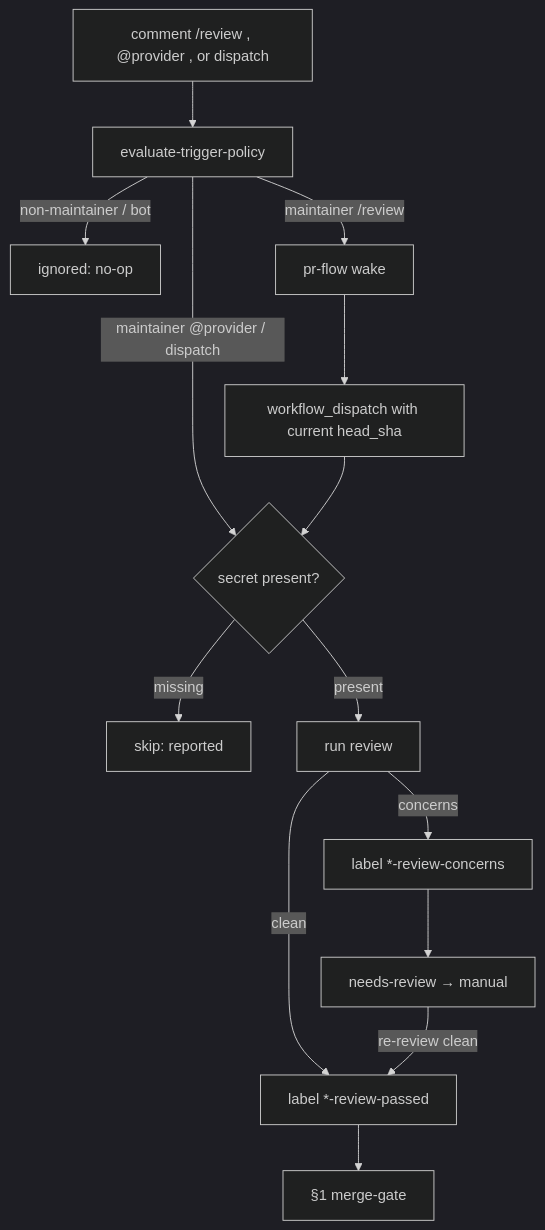
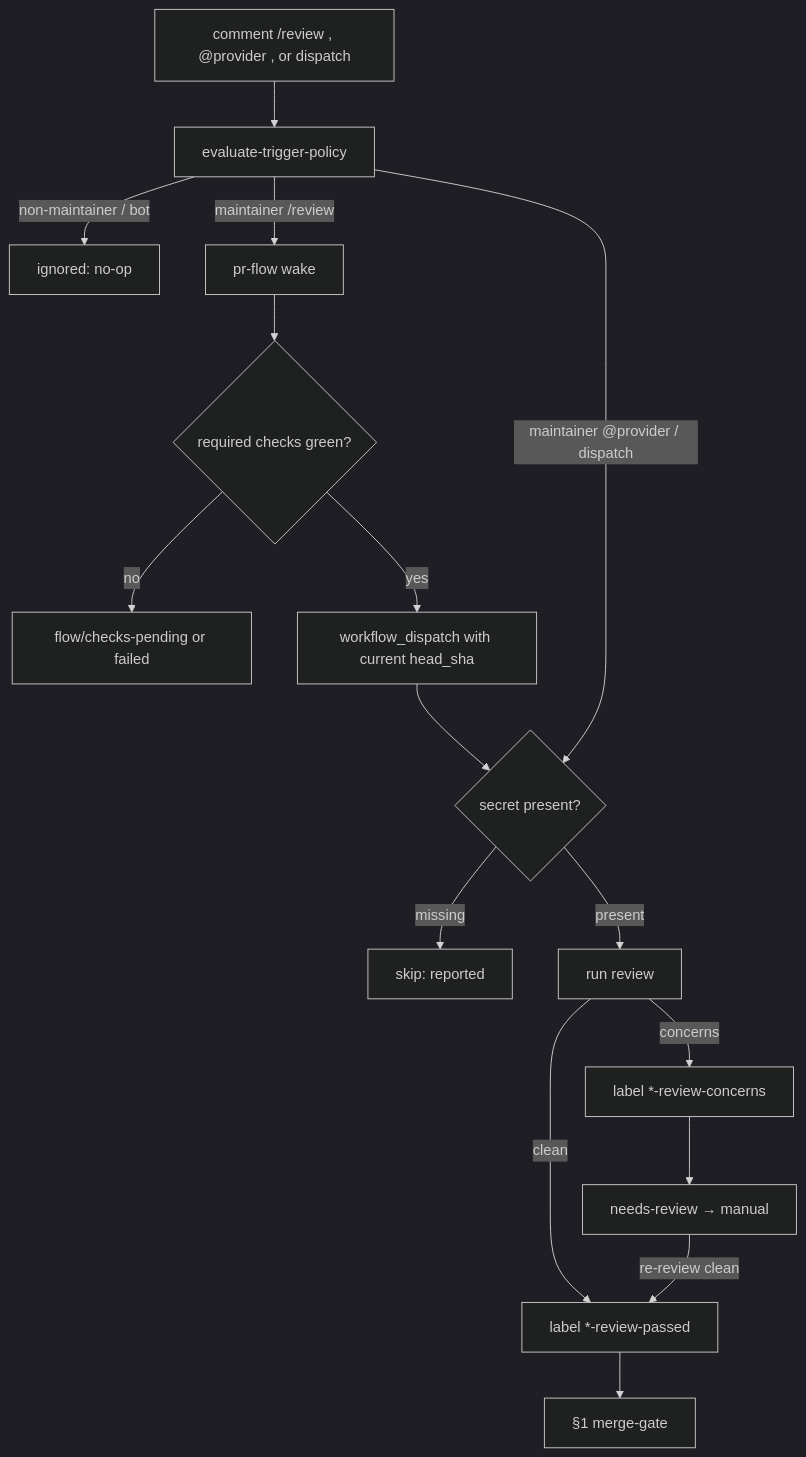
The third of 8 diagrams in docs/workflow-e2e-scenarios.md (kostua16/amnezia-control-panel), drawn with Mermaid (dark theme) before and after one commit. The commit also changed other lines of this file and 5 other files, not shown here.

````diff
--- a/docs/workflow-e2e-scenarios.md
+++ b/docs/workflow-e2e-scenarios.md
@@ -110,16 +110,18 @@
 ```mermaid
 flowchart TD
   C[comment /review , @provider , or dispatch] --> G[evaluate-trigger-policy]
   G -->|non-maintainer / bot| IG[ignored: no-op]
   G -->|maintainer /review| PF[pr-flow wake]
-  PF --> WD[workflow_dispatch with current head_sha]
+  PF --> CHK{required checks green?}
+  CHK -->|no| WAIT[flow/checks-pending or failed]
+  CHK -->|yes| WD[workflow_dispatch with current head_sha]
   G -->|maintainer @provider / dispatch| SE{secret present?}
   WD --> SE
   SE -->|missing| SK[skip: reported]
   SE -->|present| RV[run review]
   RV -->|clean| LP[label *-review-passed]
   RV -->|concerns| LC[label *-review-concerns]
   LP --> S1[§1 merge-gate]
   LC --> NR[needs-review → manual]
   NR -->|re-review clean| LP
 ```
````
